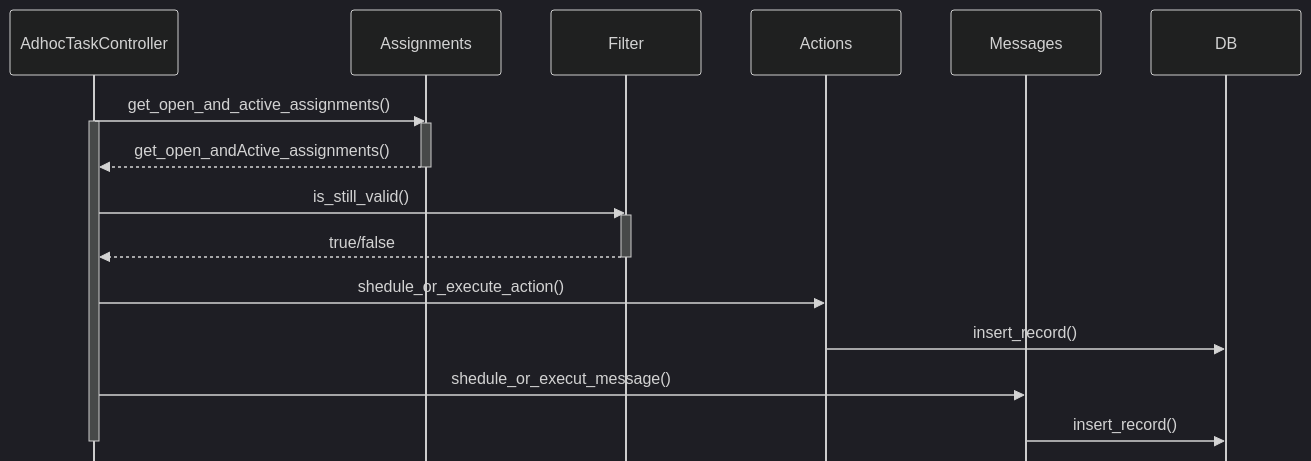
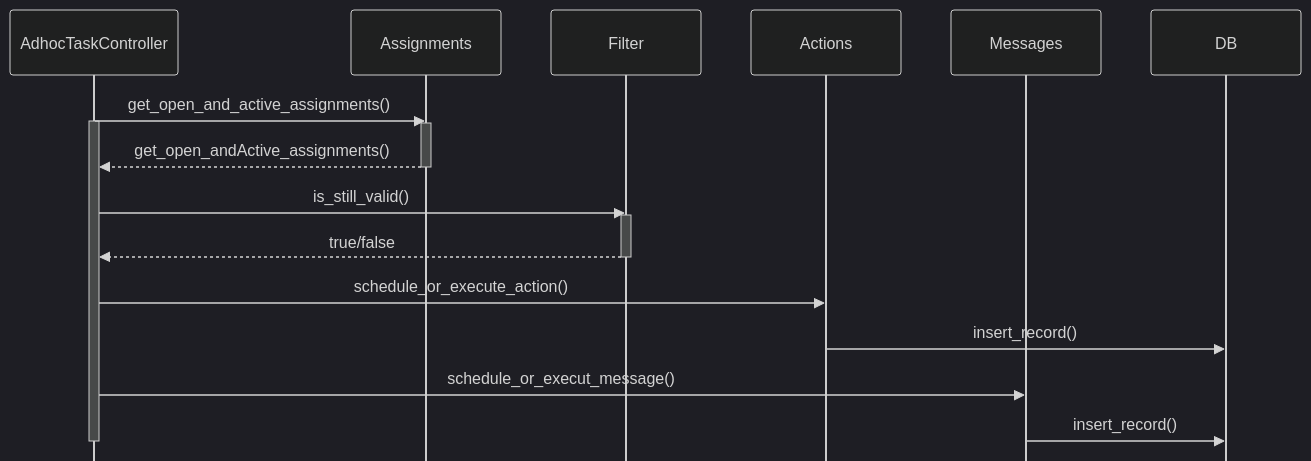
One commit to Wunderbyte-GmbH/Moodle-local_taskflow changed the diagram in classes/local/adhoc_task_process/adhoc_task_process_info.md. Above: the diagram before and after it, drawn with Mermaid. The commit also changed 20 other files, not shown here.

````diff
--- a/classes/local/adhoc_task_process/adhoc_task_process_info.md
+++ b/classes/local/adhoc_task_process/adhoc_task_process_info.md
@@ -1,34 +1,34 @@
 ```mermaid
     %%{init: {
     "theme": "dark",
     "sequence": {
         "mirrorActors": false,
         "showSequenceNumbers": false
     }
     }}%%
     sequenceDiagram
         participant AdhocTaskController
         participant Assignments
         participant Filter
         participant Actions
         participant Messages
         participant DB
 
         AdhocTaskController->>Assignments: get_open_and_active_assignments()
         activate AdhocTaskController
 
         activate Assignments
         Assignments-->>AdhocTaskController: get_open_andActive_assignments()
         deactivate Assignments
 
         AdhocTaskController->>Filter: is_still_valid()
         activate Filter
         Filter-->>AdhocTaskController: true/false
         deactivate Filter
 
-        AdhocTaskController->>Actions: shedule_or_execute_action()
+        AdhocTaskController->>Actions: schedule_or_execute_action()
         Actions->>DB: insert_record()
-        AdhocTaskController->>Messages: shedule_or_execut_message()
+        AdhocTaskController->>Messages: schedule_or_execut_message()
         Messages->>DB: insert_record()
         deactivate AdhocTaskController
 ```
````
